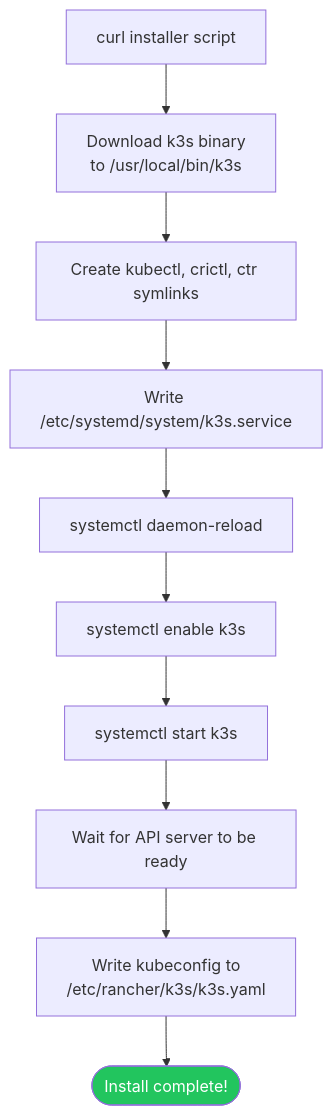
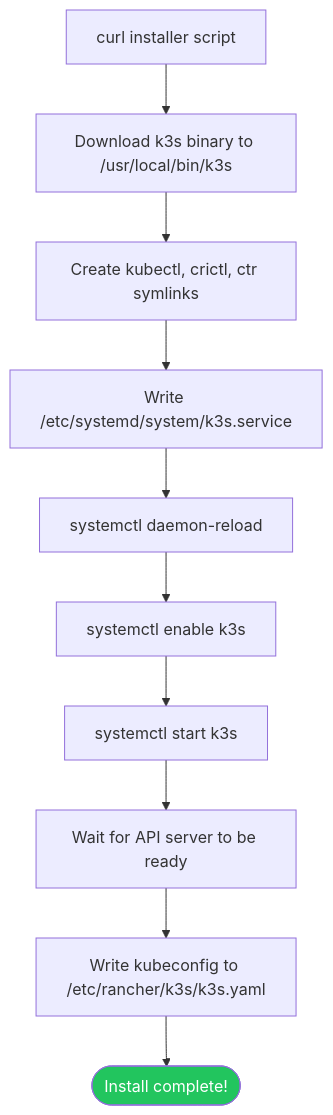
Before and after one commit to UncleJS/course_k3s: the second of 2 diagrams in 02_installation/01_single_node_quickstart.md, drawn with Mermaid. The commit also changed other lines of this file and 57 other files, not shown here.

````diff
--- a/02_installation/01_single_node_quickstart.md
+++ b/02_installation/01_single_node_quickstart.md
@@ -107,14 +107,14 @@
 ```mermaid
 flowchart TD
-    A[curl installer script] --> B[Download k3s binary\nto /usr/local/bin/k3s]
+    A[curl installer script] --> B[Download k3s binary to /usr/local/bin/k3s]
     B --> C[Create kubectl, crictl, ctr symlinks]
     C --> D[Write /etc/systemd/system/k3s.service]
     D --> E[systemctl daemon-reload]
     E --> F[systemctl enable k3s]
     F --> G[systemctl start k3s]
     G --> H[Wait for API server to be ready]
-    H --> I[Write kubeconfig to\n/etc/rancher/k3s/k3s.yaml]
+    H --> I[Write kubeconfig to /etc/rancher/k3s/k3s.yaml]
     I --> J([Install complete!])
 
     style J fill:#22c55e,color:#fff
 ```
````
